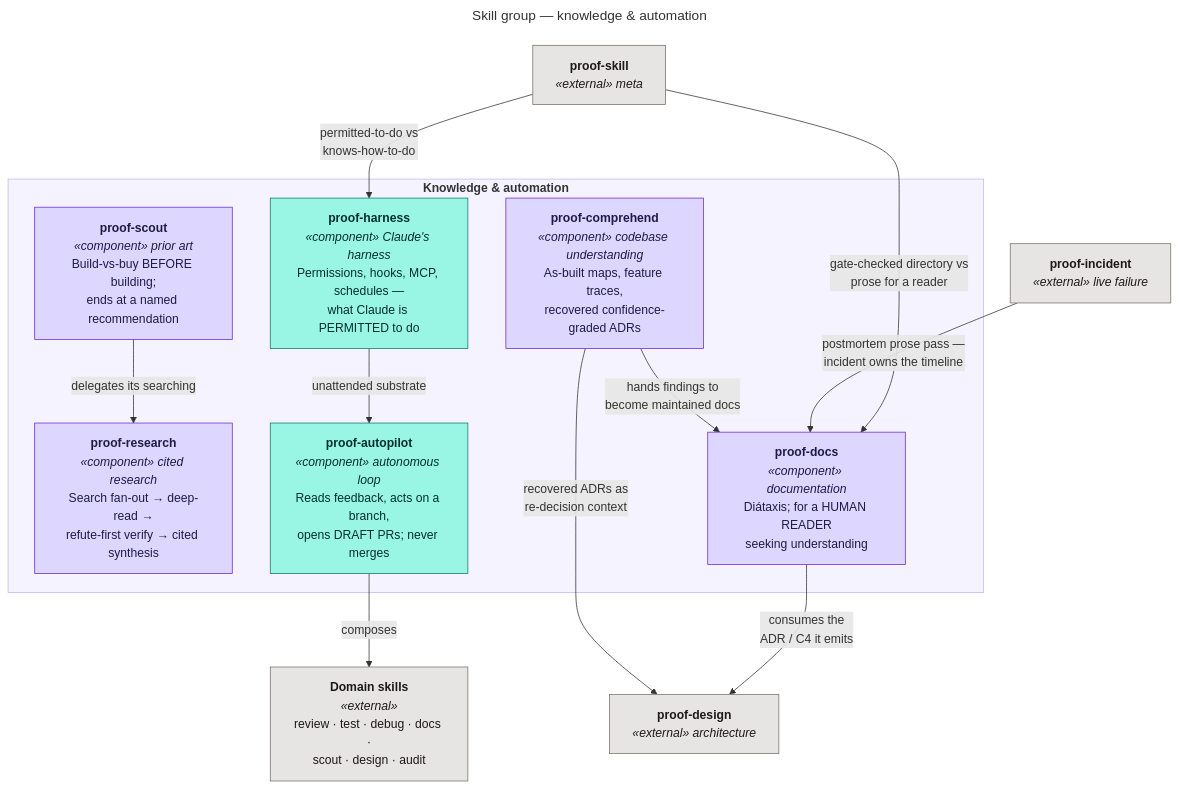
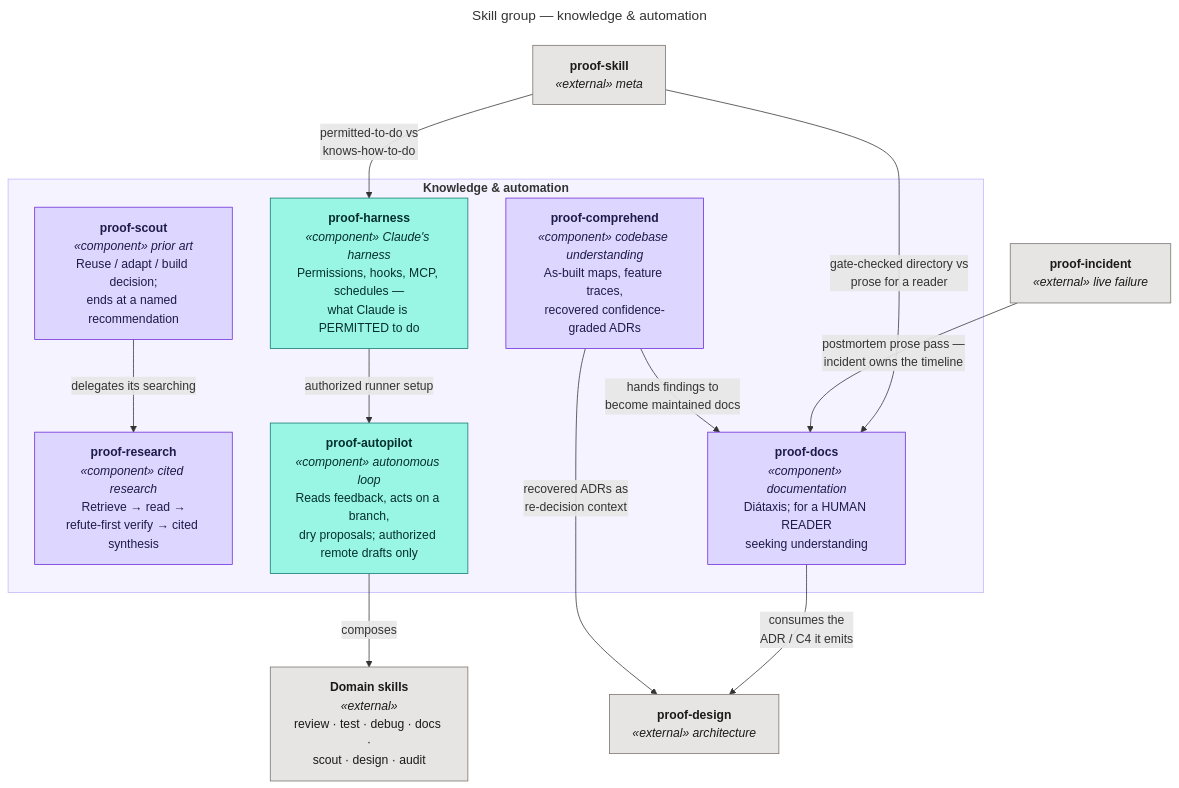
The diagram in docs/c4/diagrams/src/skills-knowledge-automation.mmd (santapong/Proof), drawn with Mermaid before and after one commit. The commit also changed 58 other files, not shown here.

Commit message:
docs: refresh Proof identity and architecture artwork

```diff
--- a/docs/c4/diagrams/src/skills-knowledge-automation.mmd
+++ b/docs/c4/diagrams/src/skills-knowledge-automation.mmd
@@ -1,35 +1,35 @@
 ---
 title: "Skill group — knowledge & automation"
 ---
 flowchart TB
     subgraph g["<b>Knowledge &amp; automation</b>"]
         comp["<b>proof-comprehend</b><br/><i>«component» codebase understanding</i><br/>As-built maps, feature traces,<br/>recovered confidence-graded ADRs"]
-        res["<b>proof-research</b><br/><i>«component» cited research</i><br/>Search fan-out → deep-read →<br/>refute-first verify → cited synthesis"]
-        scout["<b>proof-scout</b><br/><i>«component» prior art</i><br/>Build-vs-buy BEFORE building;<br/>ends at a named recommendation"]
+        res["<b>proof-research</b><br/><i>«component» cited research</i><br/>Retrieve → read →<br/>refute-first verify → cited synthesis"]
+        scout["<b>proof-scout</b><br/><i>«component» prior art</i><br/>Reuse / adapt / build decision;<br/>ends at a named recommendation"]
         docs["<b>proof-docs</b><br/><i>«component» documentation</i><br/>Diátaxis; for a HUMAN READER<br/>seeking understanding"]
         harn["<b>proof-harness</b><br/><i>«component» Claude's harness</i><br/>Permissions, hooks, MCP, schedules —<br/>what Claude is PERMITTED to do"]
-        auto["<b>proof-autopilot</b><br/><i>«component» autonomous loop</i><br/>Reads feedback, acts on a branch,<br/>opens DRAFT PRs; never merges"]
+        auto["<b>proof-autopilot</b><br/><i>«component» autonomous loop</i><br/>Reads feedback, acts on a branch,<br/>dry proposals; authorized remote drafts only"]
     end
 
     design["<b>proof-design</b><br/><i>«external» architecture</i>"]
     inc["<b>proof-incident</b><br/><i>«external» live failure</i>"]
     mk["<b>proof-skill</b><br/><i>«external» meta</i>"]
     many["<b>Domain skills</b><br/><i>«external»</i><br/>review · test · debug · docs ·<br/>scout · design · audit"]
 
     scout -- "delegates its searching" --> res
     comp -- "recovered ADRs as<br/>re-decision context" --> design
     comp -- "hands findings to<br/>become maintained docs" --> docs
     docs -- "consumes the<br/>ADR / C4 it emits" --> design
     inc -- "postmortem prose pass —<br/>incident owns the timeline" --> docs
-    harn -- "unattended substrate" --> auto
+    harn -- "authorized runner setup" --> auto
     auto -- "composes" --> many
     mk -- "permitted-to-do vs<br/>knows-how-to-do" --> harn
     mk -- "gate-checked directory vs<br/>prose for a reader" --> docs
 
     classDef component fill:#DDD6FE,stroke:#6D28D9,color:#1E1B4B
     classDef extc fill:#E7E5E4,stroke:#78716C,color:#1C1917
     class comp,res,scout,docs component
     classDef automation fill:#99F6E4,stroke:#0F766E,color:#042F2E
     class harn,auto automation
     class design,inc,mk,many extc
     style g fill:#F5F3FF,stroke:#C4B5FD
```
